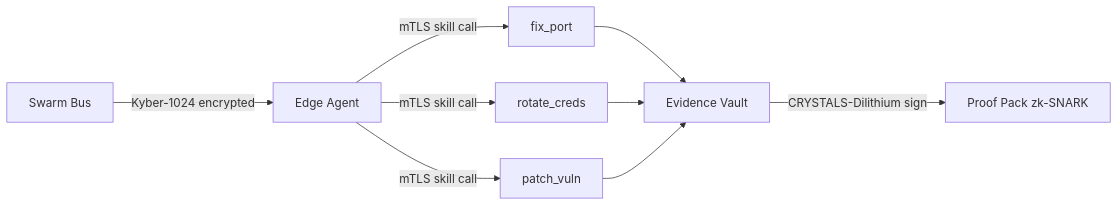
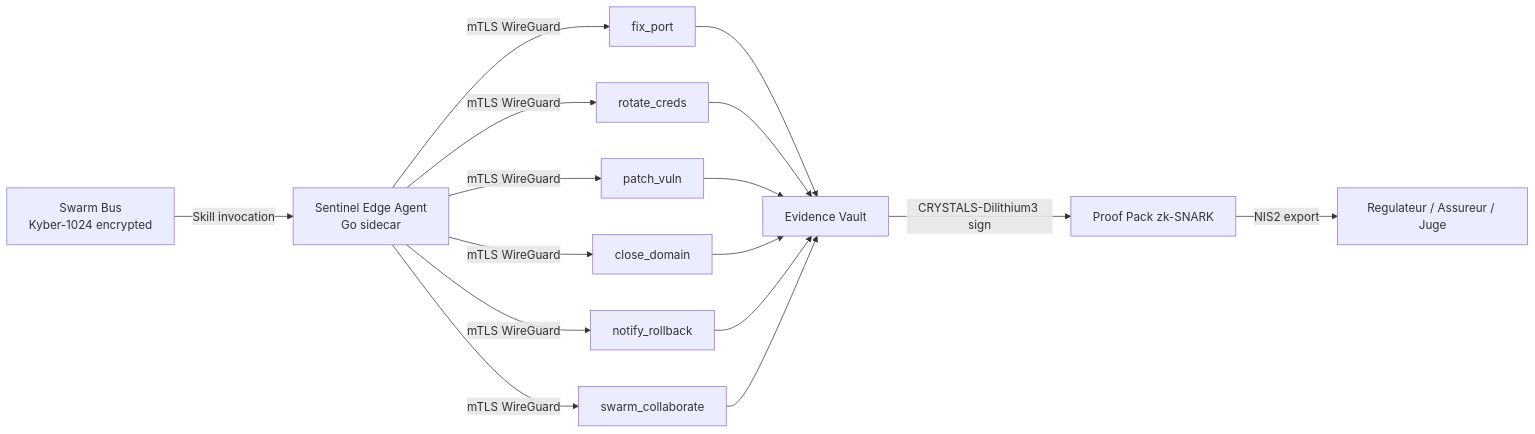
One commit to lemoalvivien-cmyk/edge-proof-keeper changed the first of 2 diagrams in sentinel-immune-agent/README.md. Above: the diagram before and after it, drawn with Mermaid. The commit also changed other lines of this file, not shown here.

Commit message:
Sentinel Immune core upgrade

````diff
--- a/sentinel-immune-agent/README.md
+++ b/sentinel-immune-agent/README.md
@@ -34,11 +38,18 @@
 ```mermaid
 graph LR
-    A[Swarm Bus] -->|Kyber-1024 encrypted| B[Edge Agent]
-    B -->|mTLS skill call| C[fix_port]
-    B -->|mTLS skill call| D[rotate_creds]
-    B -->|mTLS skill call| E[patch_vuln]
-    C --> F[Evidence Vault]
-    D --> F
-    E --> F
-    F -->|CRYSTALS-Dilithium sign| G[Proof Pack zk-SNARK]
+    A[Swarm Bus<br/>Kyber-1024 encrypted] -->|Skill invocation| B[Sentinel Edge Agent<br/>Go sidecar]
+    B -->|mTLS WireGuard| C[fix_port]
+    B -->|mTLS WireGuard| D[rotate_creds]
+    B -->|mTLS WireGuard| E[patch_vuln]
+    B -->|mTLS WireGuard| F[close_domain]
+    B -->|mTLS WireGuard| G[notify_rollback]
+    B -->|mTLS WireGuard| H[swarm_collaborate]
+    C --> I[Evidence Vault]
+    D --> I
+    E --> I
+    F --> I
+    G --> I
+    H --> I
+    I -->|CRYSTALS-Dilithium3 sign| J[Proof Pack zk-SNARK]
+    J -->|NIS2 export| K[Regulateur / Assureur / Juge]
 ```
````
